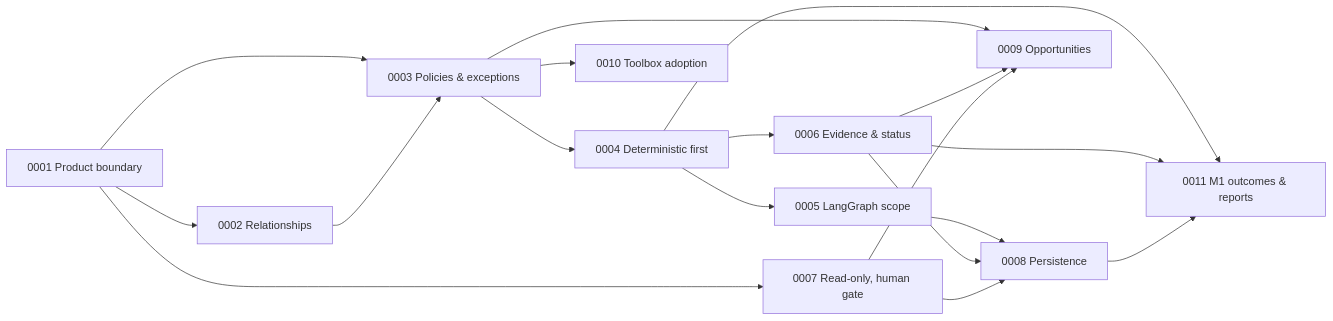
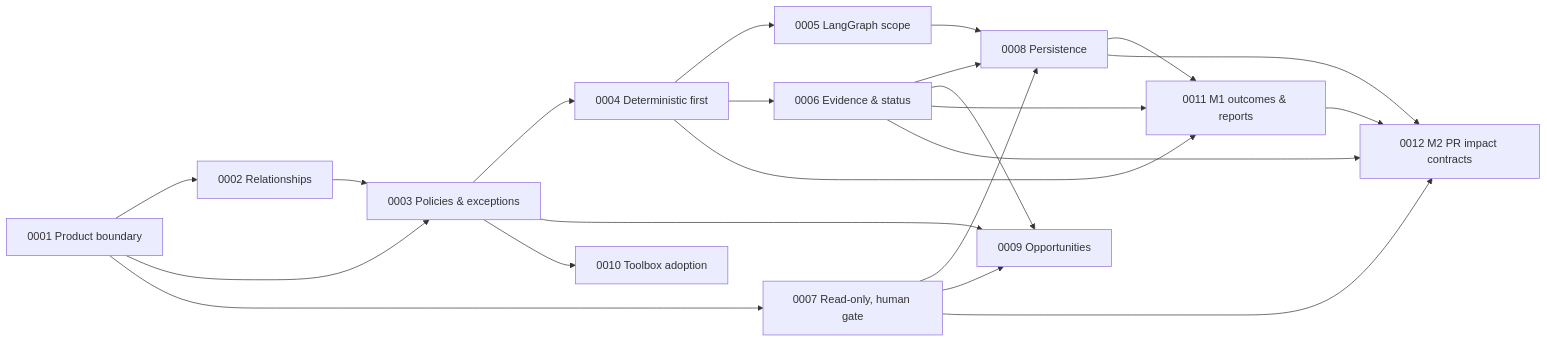
One commit to koydas/repo-orchestrator changed the diagram in docs/adr/README.md. Above: the diagram before and after it, drawn with Mermaid. The commit also changed other lines of this file and 23 other files, not shown here.

First line of the commit message:
docs(m2): M2 docs, ADR-0012, workflows/architecture/MVP updates

````diff
--- a/docs/adr/README.md
+++ b/docs/adr/README.md
@@ -25,20 +26,24 @@
 ```mermaid
 flowchart LR
     A1["0001 Product boundary"] --> A2["0002 Relationships"]
     A1 --> A3["0003 Policies & exceptions"]
     A2 --> A3
     A3 --> A4["0004 Deterministic first"]
     A4 --> A5["0005 LangGraph scope"]
     A4 --> A6["0006 Evidence & status"]
     A1 --> A7["0007 Read-only, human gate"]
     A5 --> A8["0008 Persistence"]
     A6 --> A8
     A7 --> A8
     A3 --> A9["0009 Opportunities"]
     A6 --> A9
     A7 --> A9
     A3 --> A10["0010 Toolbox adoption"]
     A4 --> A11["0011 M1 outcomes & reports"]
     A6 --> A11
     A8 --> A11
+    A7 --> A12["0012 M2 PR impact contracts"]
+    A11 --> A12
+    A6 --> A12
+    A8 --> A12
 ```
````
